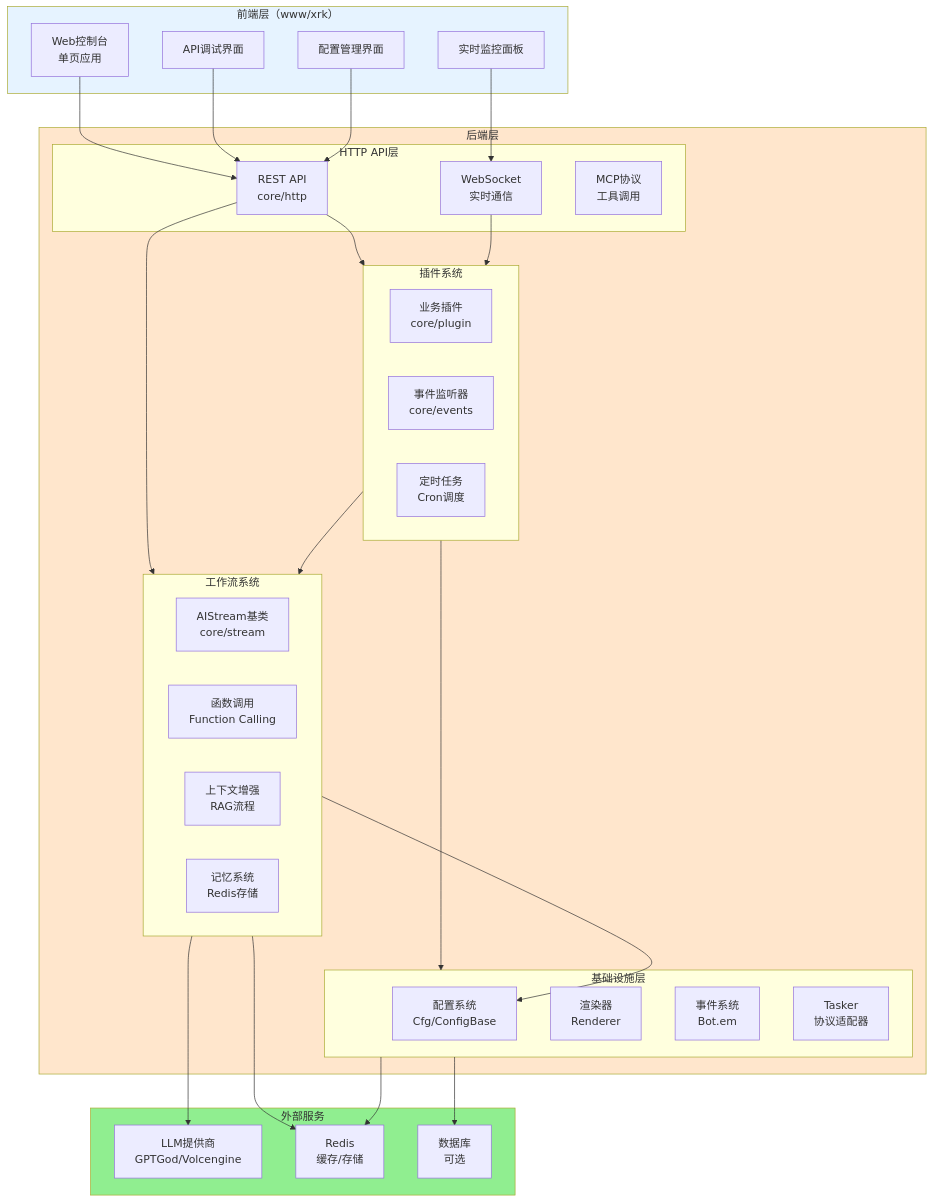
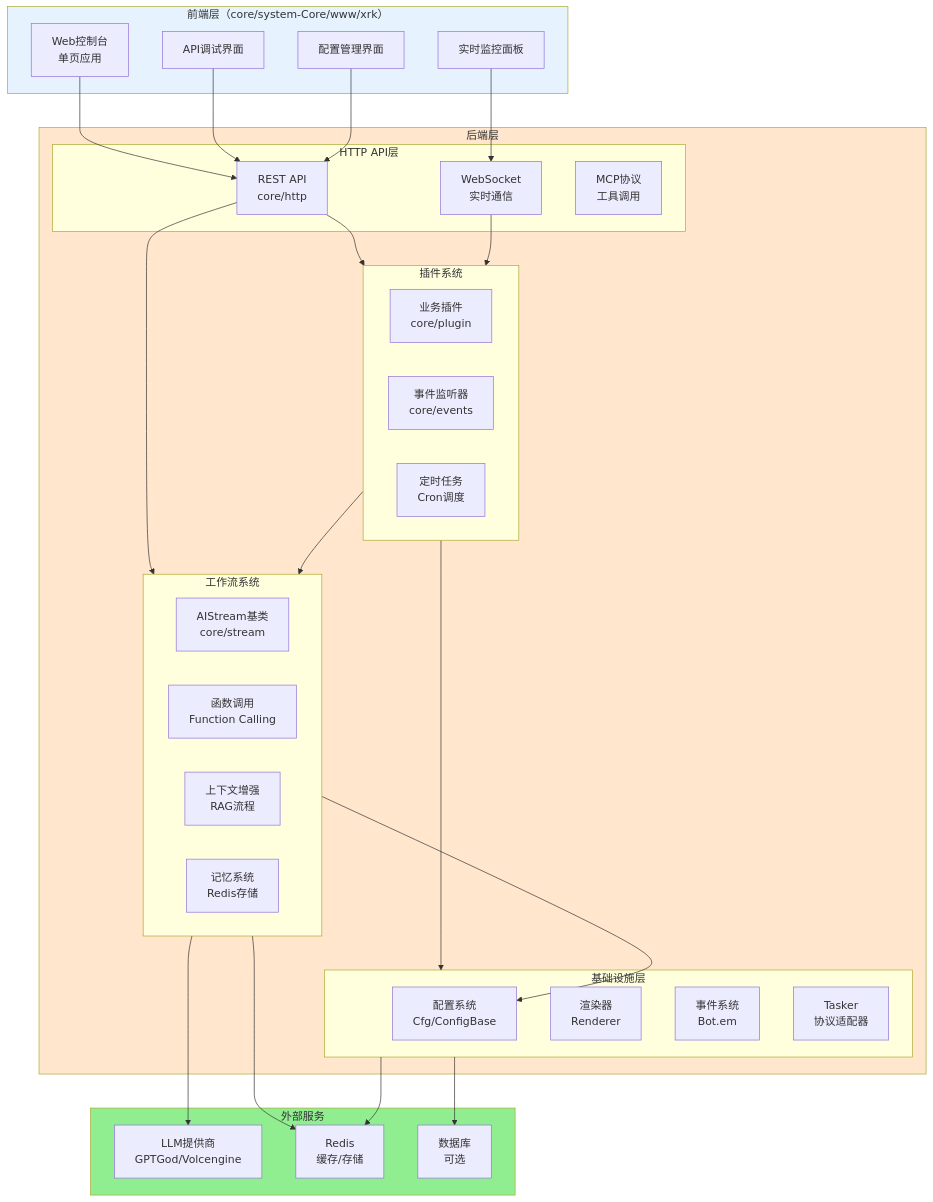
The eighth of 9 diagrams in docs/app-dev.md (sunflowermm/XRK-AGT), drawn with Mermaid before and after one commit. The commit also changed other lines of this file and 116 other files, not shown here.

````diff
--- a/docs/app-dev.md
+++ b/docs/app-dev.md
@@ -258,66 +260,66 @@
 ```mermaid
 flowchart TB
-    subgraph Frontend["前端层（www/xrk）"]
+    subgraph Frontend["前端层（core/system-Core/www/xrk）"]
         FE1[Web控制台<br/>单页应用]
         FE2[API调试界面]
         FE3[配置管理界面]
         FE4[实时监控面板]
     end
     
     subgraph Backend["后端层"]
         subgraph API["HTTP API层"]
             API1[REST API<br/>core/http]
             API2[WebSocket<br/>实时通信]
             API3[MCP协议<br/>工具调用]
         end
         
         subgraph Plugin["插件系统"]
             P1[业务插件<br/>core/plugin]
             P2[事件监听器<br/>core/events]
             P3[定时任务<br/>Cron调度]
         end
         
         subgraph Workflow["工作流系统"]
             W1[AIStream基类<br/>core/stream]
             W2[函数调用<br/>Function Calling]
             W3[上下文增强<br/>RAG流程]
             W4[记忆系统<br/>Redis存储]
         end
         
         subgraph Infrastructure["基础设施层"]
             I1[配置系统<br/>Cfg/ConfigBase]
             I2[渲染器<br/>Renderer]
             I3[事件系统<br/>Bot.em]
             I4[Tasker<br/>协议适配器]
         end
     end
     
     subgraph External["外部服务"]
         E1[LLM提供商<br/>GPTGod/Volcengine]
         E2[Redis<br/>缓存/存储]
         E3[数据库<br/>可选]
     end
     
     FE1 --> API1
     FE2 --> API1
     FE3 --> API1
     FE4 --> API2
     
     API1 --> Plugin
     API1 --> Workflow
     API2 --> Plugin
     
     Plugin --> Workflow
     Plugin --> Infrastructure
     
     Workflow --> I1
     Workflow --> E1
     Workflow --> E2
     
     Infrastructure --> E2
     Infrastructure --> E3
     
     style Frontend fill:#E6F3FF
     style Backend fill:#FFE6CC
     style External fill:#90EE90
 ```
````
